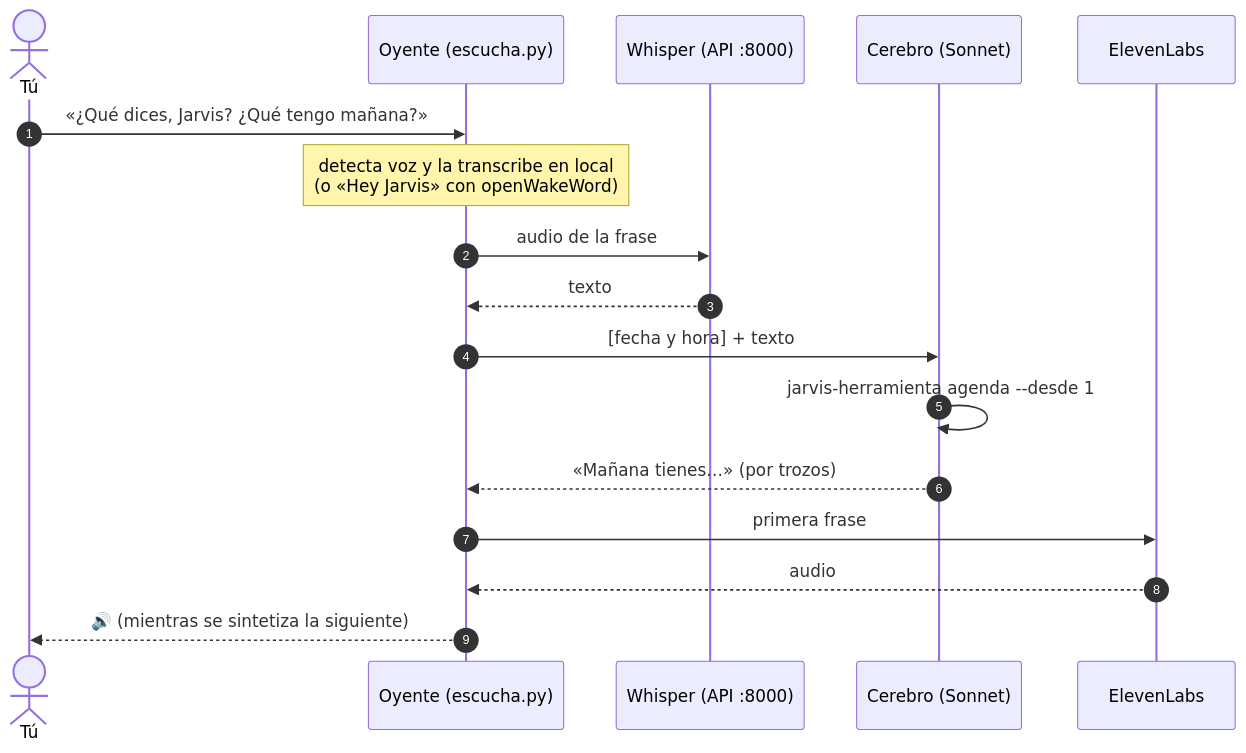
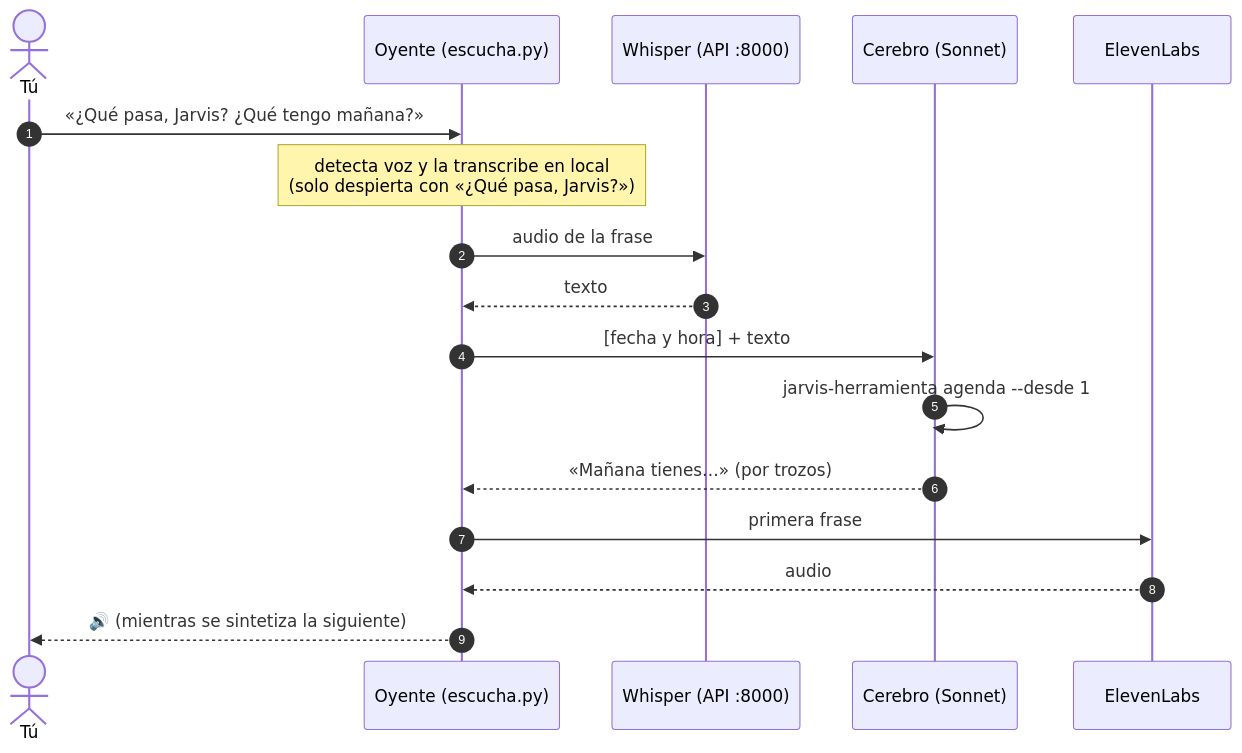
Before and after one commit to ndoreste/jarvis-claude-voice: the first of 2 diagrams in docs/arquitectura.md, drawn with Mermaid. The commit also changed 13 other files, not shown here.

First line of the commit message:
feat: despertar con «¿Qué pasa, Jarvis?», cancelación de eco y respuestas más rápidas

````diff
--- a/docs/arquitectura.md
+++ b/docs/arquitectura.md
@@ -21,19 +21,19 @@
 ```mermaid
 sequenceDiagram
     autonumber
     actor U as Tú
     participant O as Oyente (escucha.py)
     participant W as Whisper (API :8000)
     participant C as Cerebro (Sonnet)
     participant E as ElevenLabs
-    U->>O: «¿Qué dices, Jarvis? ¿Qué tengo mañana?»
-    Note over O: detecta voz y la transcribe en local<br/>(o «Hey Jarvis» con openWakeWord)
+    U->>O: «¿Qué pasa, Jarvis? ¿Qué tengo mañana?»
+    Note over O: detecta voz y la transcribe en local<br/>(solo despierta con «¿Qué pasa, Jarvis?»)
     O->>W: audio de la frase
     W-->>O: texto
     O->>C: [fecha y hora] + texto
     C->>C: jarvis-herramienta agenda --desde 1
     C-->>O: «Mañana tienes…» (por trozos)
     O->>E: primera frase
     E-->>O: audio
     O-->>U: 🔊 (mientras se sintetiza la siguiente)
 ```
````
